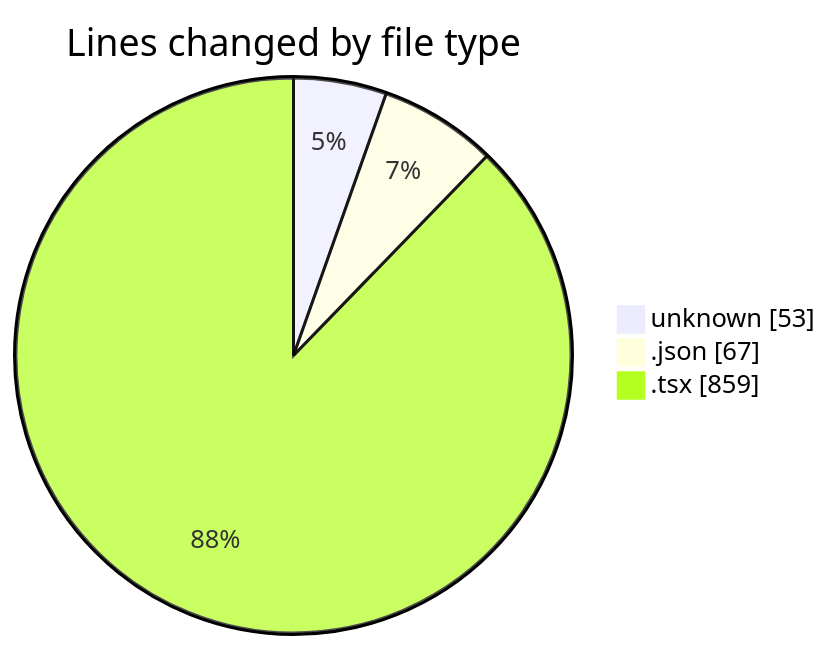
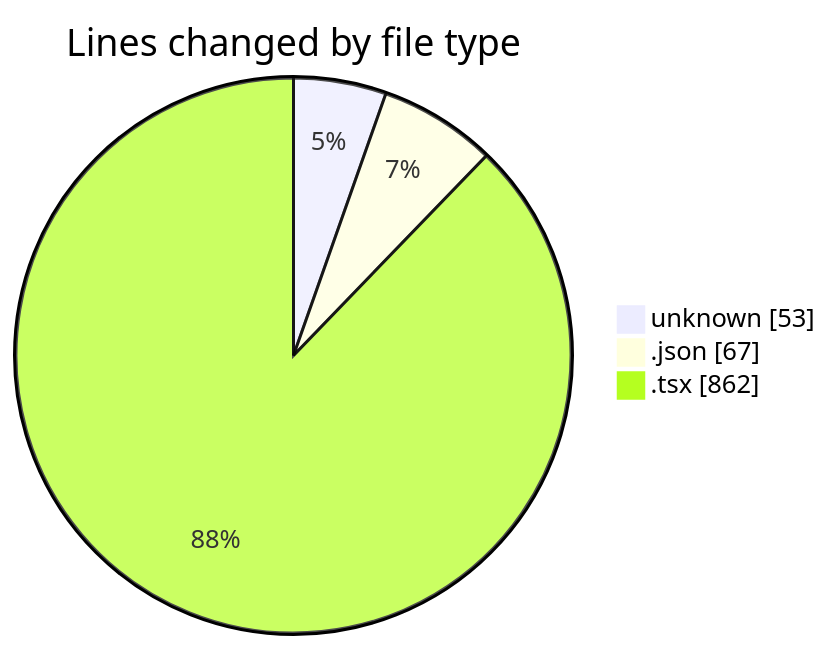
The first of 2 diagrams in 2026-01-19/cda/README.md (momahboobian/code-tracking), drawn with Mermaid before and after one commit. The commit also changed other lines of this file and 1 other file, not shown here.

````diff
--- a/2026-01-19/cda/README.md
+++ b/2026-01-19/cda/README.md
@@ -24,7 +24,7 @@
 ```mermaid
 pie showData
 title Lines changed by file type
 "unknown" : 53
 ".json" : 67
-".tsx" : 859
+".tsx" : 862
 ```
````
